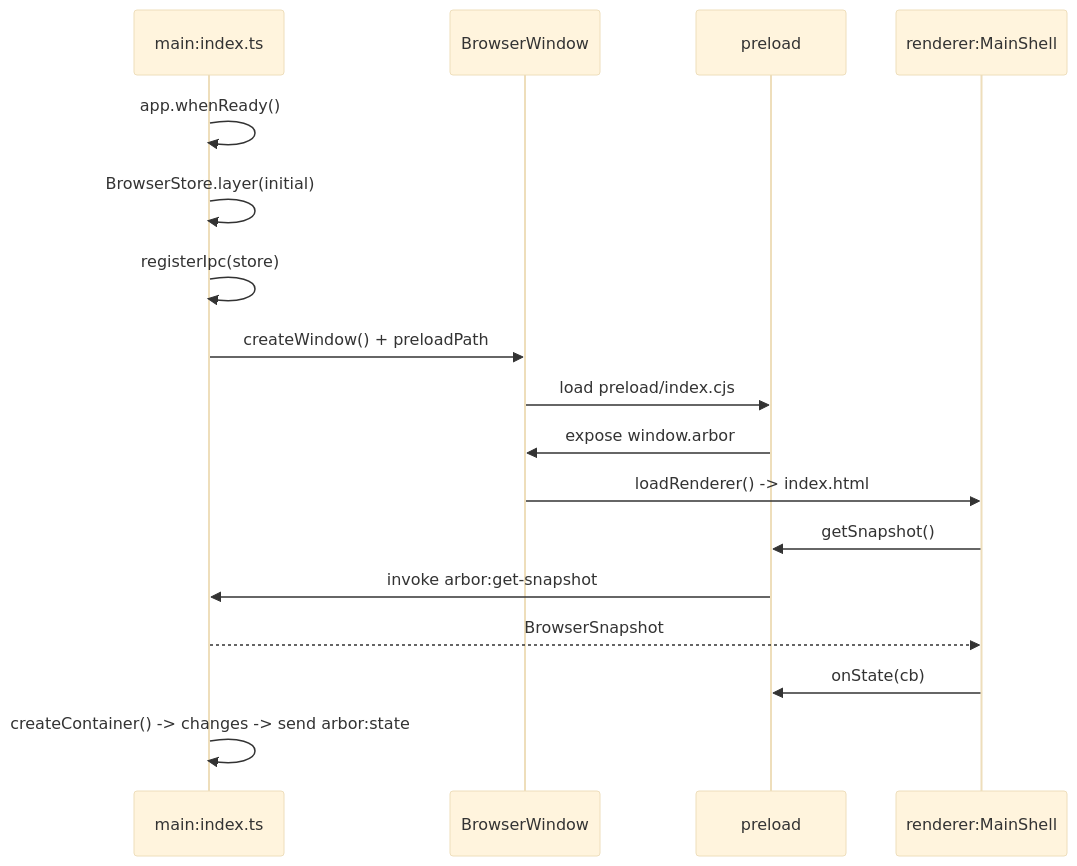
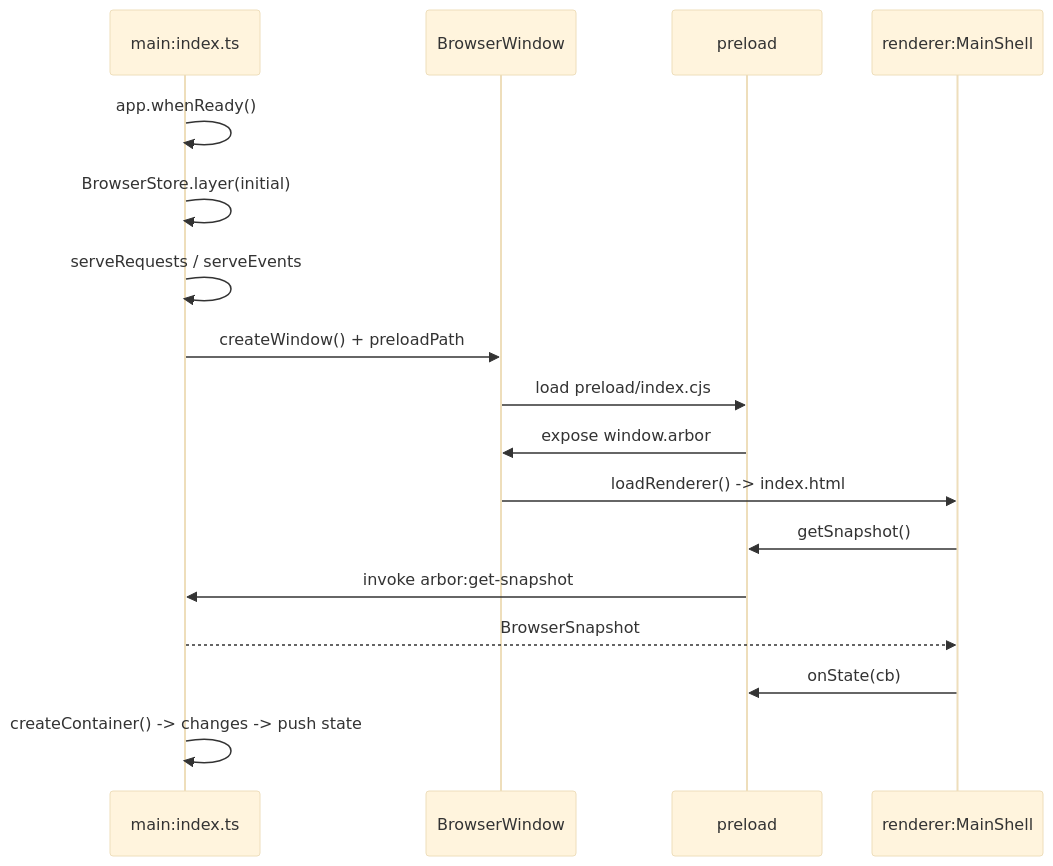
Before and after one commit to rom100main/arbor: the second of 2 diagrams in docs/architecture/01-processes.md, drawn with Mermaid (base theme). The commit also changed other lines of this file and 3 other files, not shown here.

````diff
--- a/docs/architecture/01-processes.md
+++ b/docs/architecture/01-processes.md
@@ -115,19 +115,19 @@
 ```mermaid
 sequenceDiagram
     participant M as main:index.ts
     participant W as BrowserWindow
     participant P as preload
     participant R as renderer:MainShell
     M->>M: app.whenReady()
     M->>M: BrowserStore.layer(initial)
-    M->>M: registerIpc(store)
+    M->>M: serveRequests / serveEvents
     M->>W: createWindow() + preloadPath
     W->>P: load preload/index.cjs
     P->>W: expose window.arbor
     W->>R: loadRenderer() -> index.html
     R->>P: getSnapshot()
     P->>M: invoke arbor:get-snapshot
     M-->>R: BrowserSnapshot
     R->>P: onState(cb)
-    M->>M: createContainer() -> changes -> send arbor:state
+    M->>M: createContainer() -> changes -> push state
 ```
````
